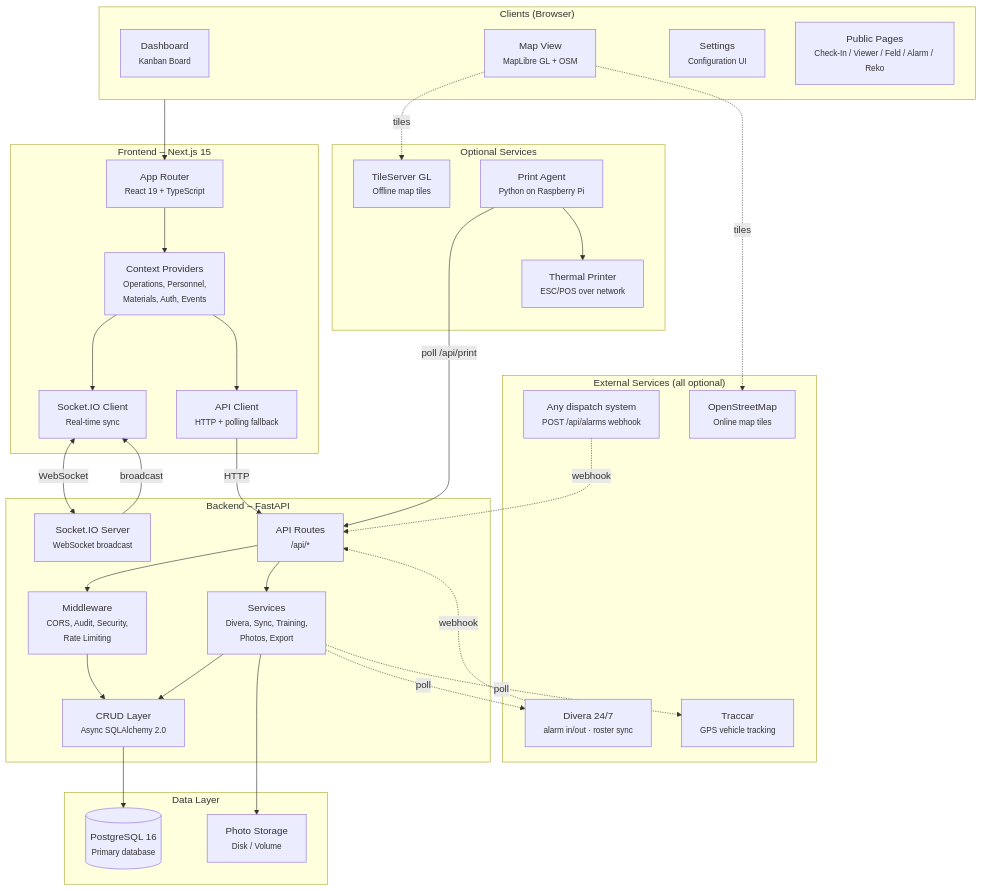
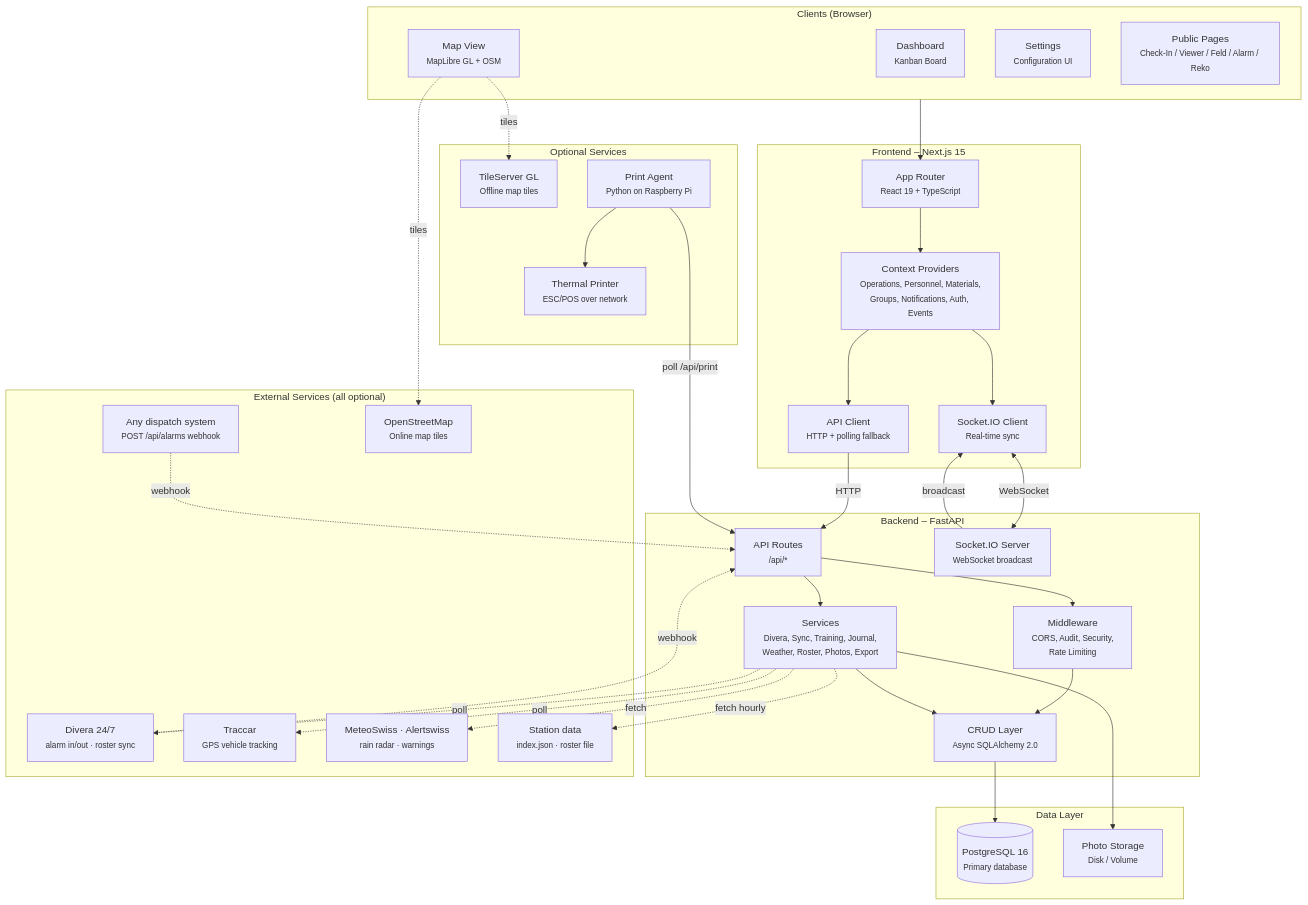
Before and after one commit to feuerwehr-oberwil/kp-rueck: the first of 10 diagrams in docs/ARCHITECTURE.md, drawn with Mermaid. The commit also changed other lines of this file and 32 other files, not shown here.

````diff
--- a/docs/ARCHITECTURE.md
+++ b/docs/ARCHITECTURE.md
@@ -9,68 +9,72 @@
 ```mermaid
 graph TB
     subgraph clients["Clients (Browser)"]
         dashboard["Dashboard<br/><small>Kanban Board</small>"]
         mapview["Map View<br/><small>MapLibre GL + OSM</small>"]
         settings["Settings<br/><small>Configuration UI</small>"]
         public["Public Pages<br/><small>Check-In / Viewer / Feld / Alarm / Reko</small>"]
     end
 
     subgraph frontend["Frontend – Next.js 15"]
         app["App Router<br/><small>React 19 + TypeScript</small>"]
-        contexts["Context Providers<br/><small>Operations, Personnel,<br/>Materials, Auth, Events</small>"]
+        contexts["Context Providers<br/><small>Operations, Personnel, Materials,<br/>Groups, Notifications, Auth, Events</small>"]
         ws_client["Socket.IO Client<br/><small>Real-time sync</small>"]
         api_client["API Client<br/><small>HTTP + polling fallback</small>"]
     end
 
     subgraph backend["Backend – FastAPI"]
         routes["API Routes<br/><small>/api/*</small>"]
         ws_server["Socket.IO Server<br/><small>WebSocket broadcast</small>"]
-        services["Services<br/><small>Divera, Sync, Training,<br/>Photos, Export</small>"]
+        services["Services<br/><small>Divera, Sync, Training, Journal,<br/>Weather, Roster, Photos, Export</small>"]
         crud["CRUD Layer<br/><small>Async SQLAlchemy 2.0</small>"]
         middleware["Middleware<br/><small>CORS, Audit, Security,<br/>Rate Limiting</small>"]
     end
 
     subgraph data["Data Layer"]
         postgres[("PostgreSQL 16<br/><small>Primary database</small>")]
         photos["Photo Storage<br/><small>Disk / Volume</small>"]
     end
 
     subgraph optional["Optional Services"]
         tileserver["TileServer GL<br/><small>Offline map tiles</small>"]
         print_agent["Print Agent<br/><small>Python on Raspberry Pi</small>"]
         printer["Thermal Printer<br/><small>ESC/POS over network</small>"]
     end
 
     subgraph external["External Services (all optional)"]
         anyhook["Any dispatch system<br/><small>POST /api/alarms webhook</small>"]
         divera["Divera 24/7<br/><small>alarm in/out · roster sync</small>"]
         traccar["Traccar<br/><small>GPS vehicle tracking</small>"]
         osm["OpenStreetMap<br/><small>Online map tiles</small>"]
+        weather["MeteoSwiss · Alertswiss<br/><small>rain radar · warnings</small>"]
+        stationdata["Station data<br/><small>index.json · roster file</small>"]
     end
 
     clients --> app
     app --> contexts
     contexts --> ws_client
     contexts --> api_client
     ws_client <-->|WebSocket| ws_server
     api_client -->|HTTP| routes
     mapview -.->|tiles| tileserver
     mapview -.->|tiles| osm
 
     routes --> middleware
     middleware --> crud
     routes --> services
     services --> crud
     crud --> postgres
     services --> photos
 
     ws_server -->|broadcast| ws_client
 
     anyhook -.->|webhook| routes
     divera -.->|webhook| routes
     services -.->|poll| divera
     services -.->|poll| traccar
+    services -.->|fetch| weather
+    services -.->|fetch hourly| stationdata
 
     print_agent -->|poll /api/print| routes
     print_agent --> printer
 ```
````
